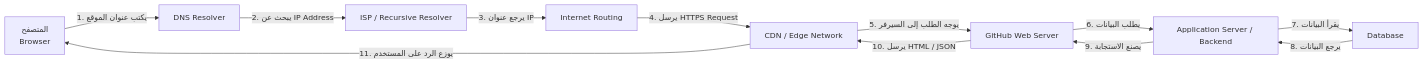
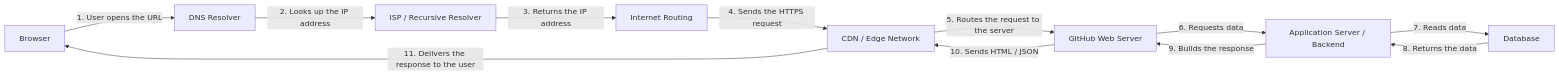
Before and after one commit to ASaber33/web-request-diagram: the diagram in README.md, drawn with Mermaid. The commit also changed other lines of this file, not shown here.

Commit message:
Translate README to English

````diff
--- a/README.md
+++ b/README.md
@@ -7,14 +7,14 @@
 ```mermaid
 graph LR
-    A[المتصفح<br/>Browser] -->|1. يكتب عنوان الموقع| B[DNS Resolver]
-    B -->|2. يبحث عن IP Address| C[ISP / Recursive Resolver]
-    C -->|3. يرجع عنوان IP| D[Internet Routing]
-    D -->|4. يرسل HTTPS Request| E[CDN / Edge Network]
-    E -->|5. يوجه الطلب إلى السيرفر| F[GitHub Web Server]
-    F -->|6. يطلب البيانات| G[Application Server / Backend]
-    G -->|7. يقرأ البيانات| H[Database]
-    H -->|8. يرجع البيانات| G
-    G -->|9. يصنع الاستجابة| F
-    F -->|10. يرسل HTML / JSON| E
-    E -->|11. يوزع الرد على المستخدم| A
+    A[Browser] -->|1. User opens the URL| B[DNS Resolver]
+    B -->|2. Looks up the IP address| C[ISP / Recursive Resolver]
+    C -->|3. Returns the IP address| D[Internet Routing]
+    D -->|4. Sends the HTTPS request| E[CDN / Edge Network]
+    E -->|5. Routes the request to the server| F[GitHub Web Server]
+    F -->|6. Requests data| G[Application Server / Backend]
+    G -->|7. Reads data| H[Database]
+    H -->|8. Returns the data| G
+    G -->|9. Builds the response| F
+    F -->|10. Sends HTML / JSON| E
+    E -->|11. Delivers the response to the user| A
 ```
````
